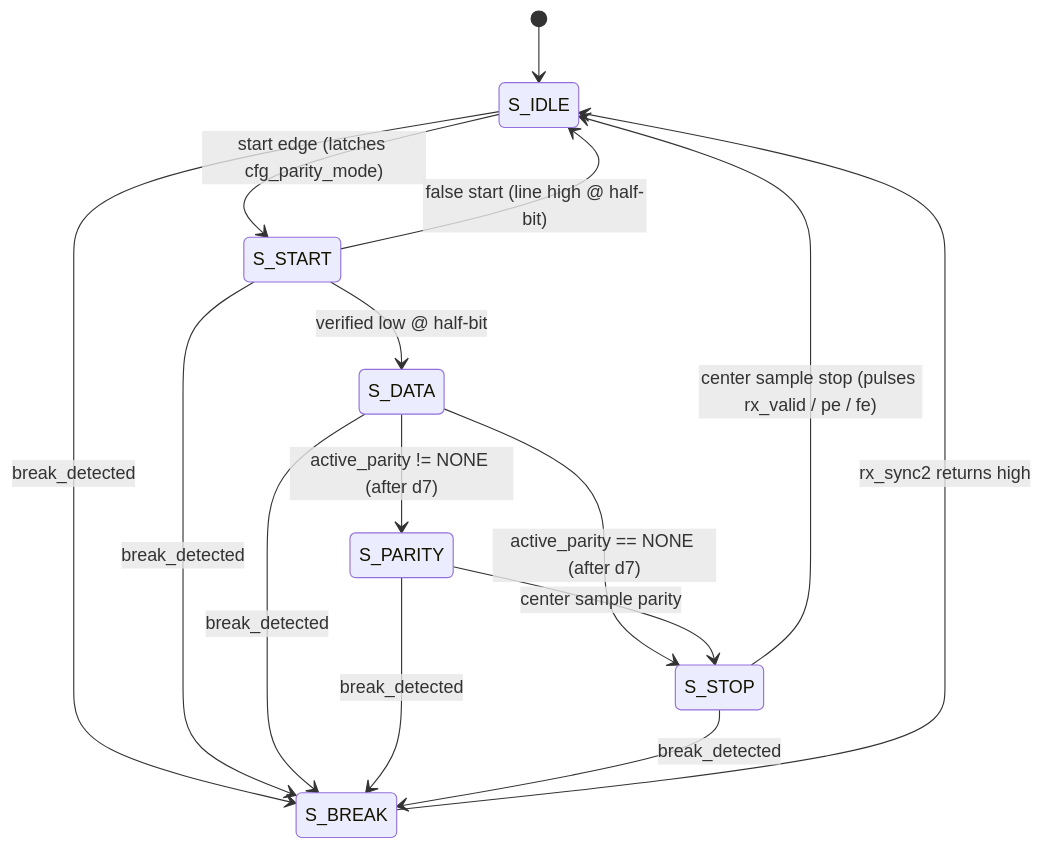
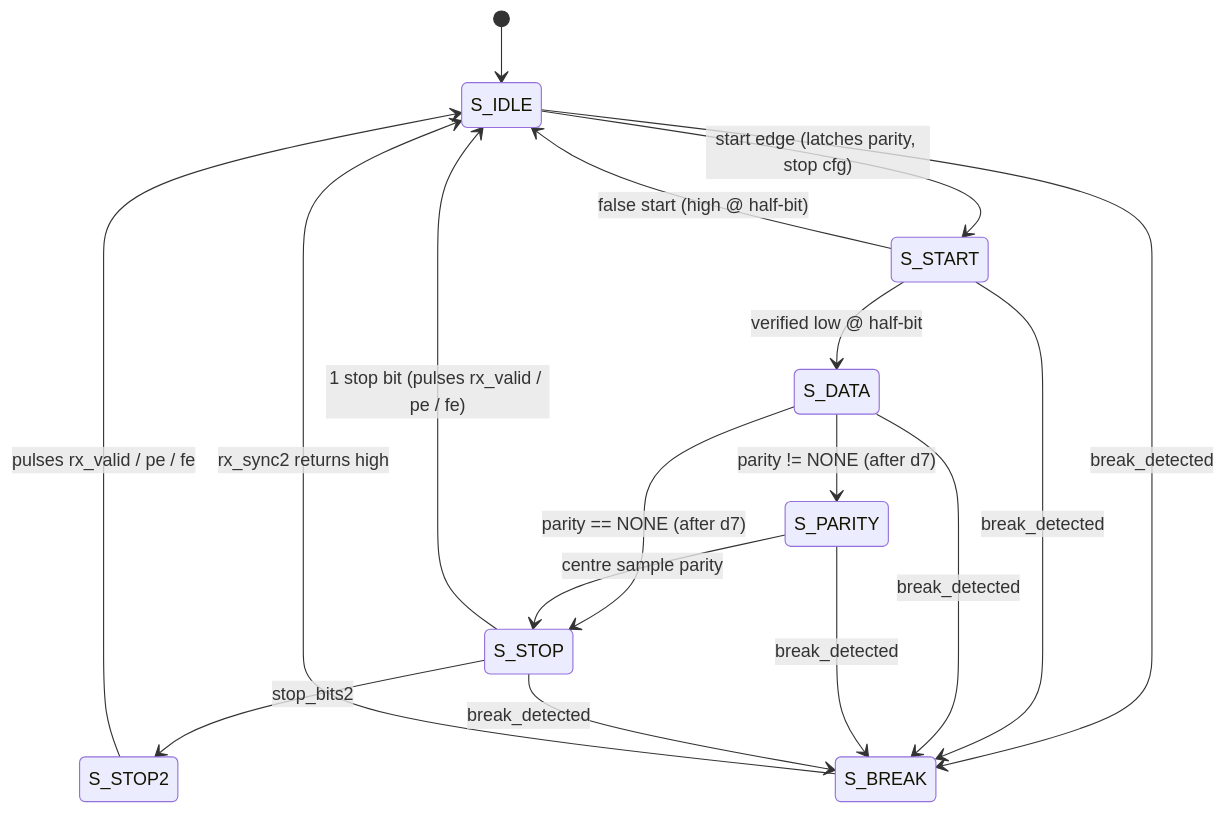
Before and after one commit to TharinduHimantha/8-bit-UART-Communication-System-in-Verilog-HDL: the second of 3 diagrams in README.md, drawn with Mermaid. The commit also changed other lines of this file and 24 other files, not shown here.

````diff
--- a/README.md
+++ b/README.md
@@ -259,17 +190,19 @@
 ```mermaid
 stateDiagram-v2
     [*] --> S_IDLE
-    S_IDLE --> S_START: start edge (latches cfg_parity_mode)
+    S_IDLE --> S_START: start edge (latches parity, stop cfg)
     S_START --> S_DATA: verified low @ half-bit
-    S_START --> S_IDLE: false start (line high @ half-bit)
-    S_DATA --> S_PARITY: active_parity != NONE (after d7)
-    S_DATA --> S_STOP: active_parity == NONE (after d7)
-    S_PARITY --> S_STOP: center sample parity
-    S_STOP --> S_IDLE: center sample stop (pulses rx_valid / pe / fe)
+    S_START --> S_IDLE: false start (high @ half-bit)
+    S_DATA --> S_PARITY: parity != NONE (after d7)
+    S_DATA --> S_STOP: parity == NONE (after d7)
+    S_PARITY --> S_STOP: centre sample parity
+    S_STOP --> S_STOP2: stop_bits2
+    S_STOP --> S_IDLE: 1 stop bit (pulses rx_valid / pe / fe)
+    S_STOP2 --> S_IDLE: pulses rx_valid / pe / fe
     S_IDLE --> S_BREAK: break_detected
     S_START --> S_BREAK: break_detected
     S_DATA --> S_BREAK: break_detected
     S_PARITY --> S_BREAK: break_detected
     S_STOP --> S_BREAK: break_detected
     S_BREAK --> S_IDLE: rx_sync2 returns high
 ```
````
